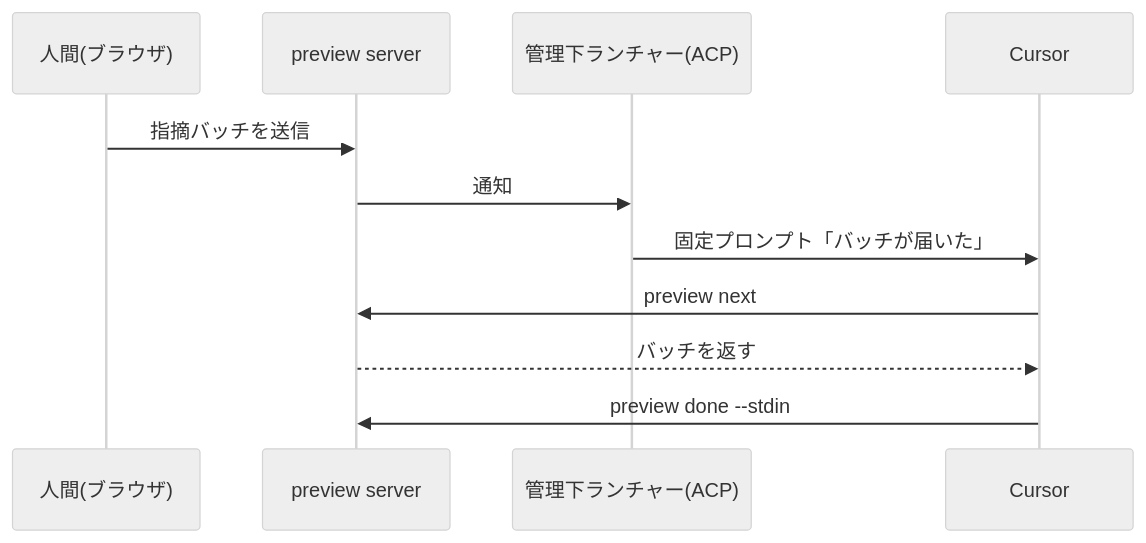
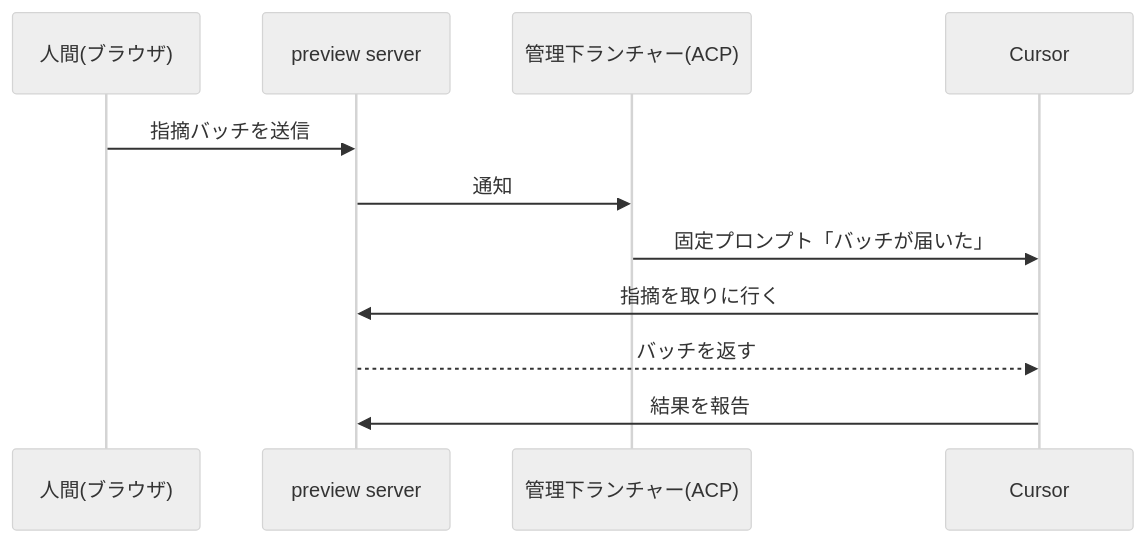
The fifth of 5 diagrams in articles/artifactshare-preview-claude-codex-cursor.md (coji/zenn-content), drawn with Mermaid (neutral theme) before and after one commit. The commit also changed other lines of this file, not shown here.

Commit message:
Replace CLI command mentions with plain-Japanese meanings in body and diagrams

````diff
--- a/articles/artifactshare-preview-claude-codex-cursor.md
+++ b/articles/artifactshare-preview-claude-codex-cursor.md
@@ -151,14 +151,14 @@
 ```mermaid
 sequenceDiagram
     participant H as 人間(ブラウザ)
     participant S as preview server
     participant L as 管理下ランチャー(ACP)
     participant Y as Cursor
 
     H->>S: 指摘バッチを送信
     S->>L: 通知
     L->>Y: 固定プロンプト「バッチが届いた」
-    Y->>S: preview next
+    Y->>S: 指摘を取りに行く
     S-->>Y: バッチを返す
-    Y->>S: preview done --stdin
+    Y->>S: 結果を報告
 ```
````
